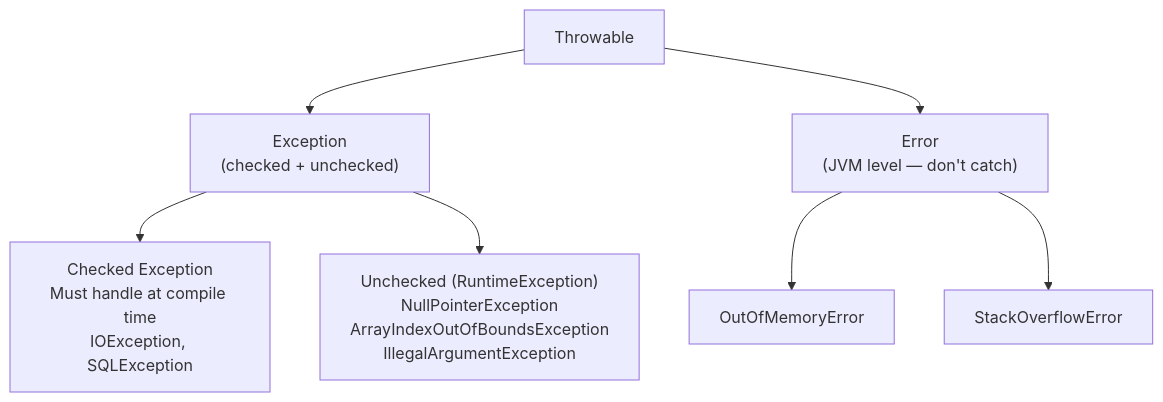
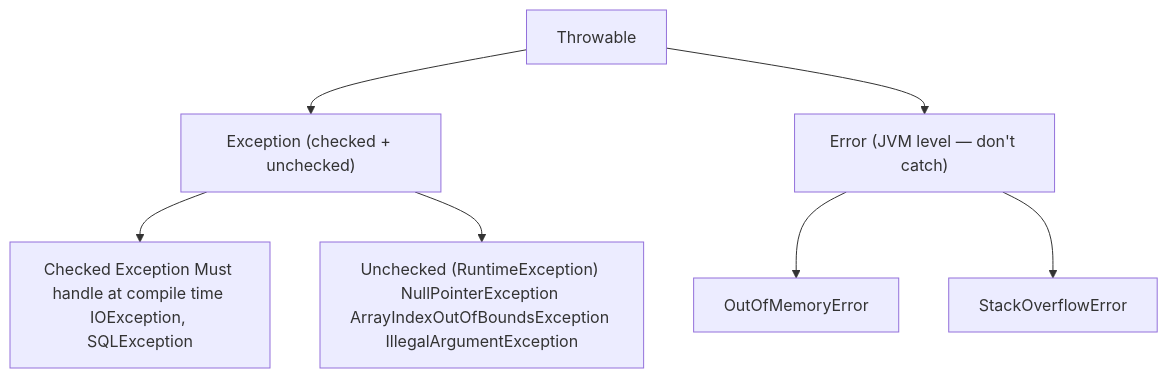
Before and after one commit to naveenkumar1661997/notes: the fourth of 6 diagrams in java.md, drawn with Mermaid. The commit also changed other lines of this file and 12 other files, not shown here.

```diff
--- a/java.md
+++ b/java.md
@@ -148,12 +132,12 @@
 <pre class="mermaid">
 flowchart TD
     TH["Throwable"]
-    TH --> EX["Exception\n(checked + unchecked)"]
-    TH --> ER["Error\n(JVM level — don't catch)"]
+    TH --> EX["Exception (checked + unchecked)"]
+    TH --> ER["Error (JVM level — don't catch)"]
 
-    EX --> CE["Checked Exception\nMust handle at compile time\nIOException, SQLException"]
-    EX --> UE["Unchecked (RuntimeException)\nNullPointerException\nArrayIndexOutOfBoundsException\nIllegalArgumentException"]
+    EX --> CE["Checked Exception Must handle at compile time IOException, SQLException"]
+    EX --> UE["Unchecked (RuntimeException) NullPointerException ArrayIndexOutOfBoundsException IllegalArgumentException"]
 
     ER --> OOM["OutOfMemoryError"]
     ER --> SOE["StackOverflowError"]
 </pre>
```
